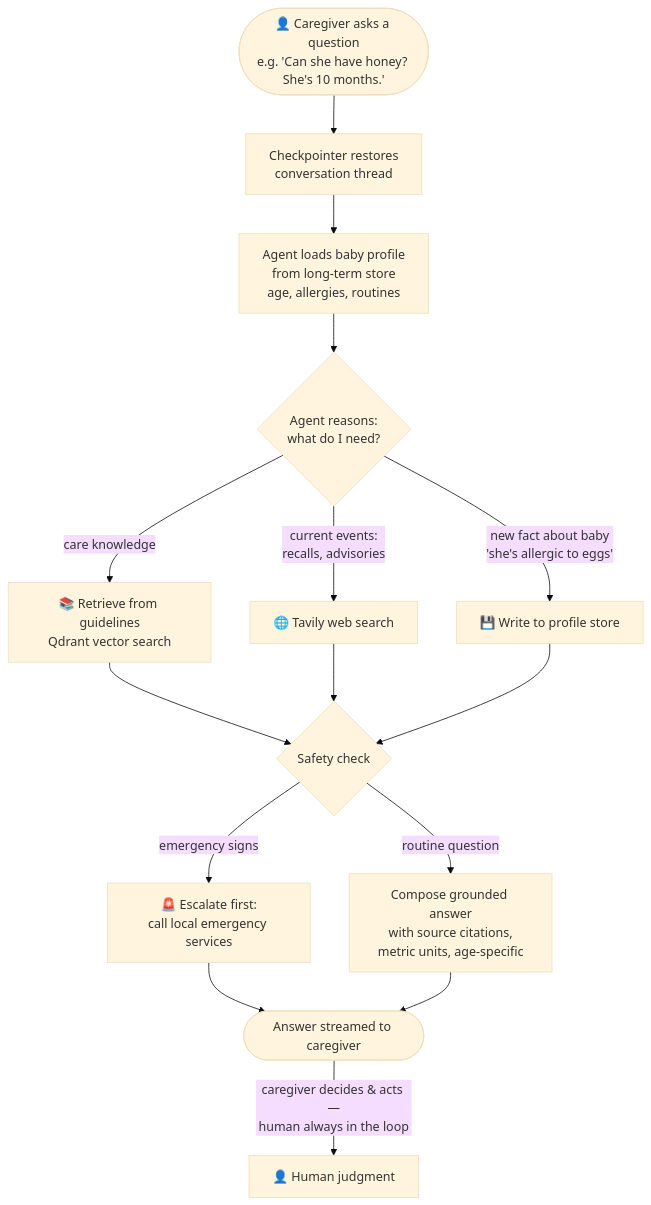
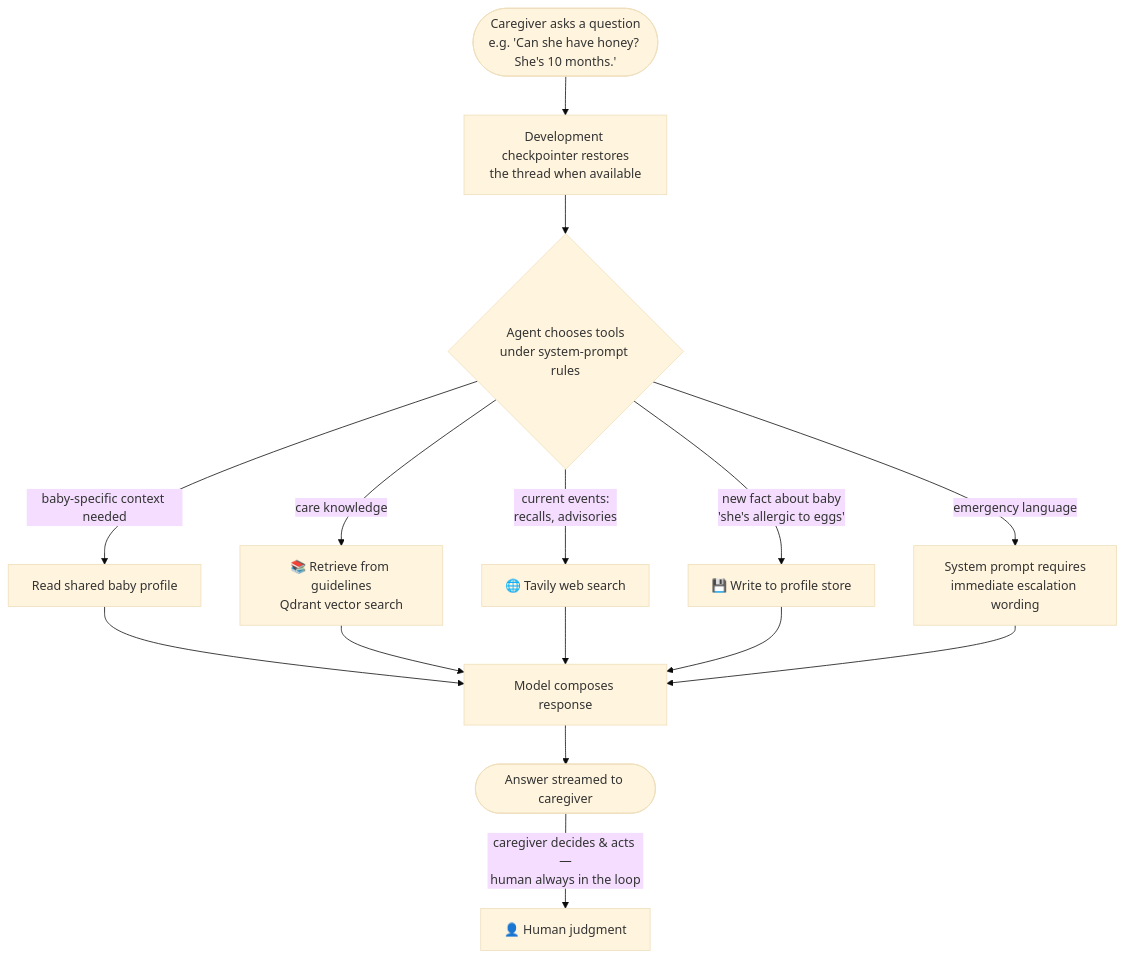
Before and after one commit to wiguo/beedoula: the fourth of 4 diagrams in docs/certification-challenge.md, drawn with Mermaid (base theme). The commit also changed other lines of this file and 3 other files, not shown here.

Commit message:
Align documentation with prototype architecture

````diff
--- a/docs/certification-challenge.md
+++ b/docs/certification-challenge.md
@@ -121,17 +148,17 @@
 ```mermaid
 flowchart TD
-    U([👤 Caregiver asks a question<br/>e.g. 'Can she have honey? She's 10 months.']) --> T[Checkpointer restores<br/>conversation thread]
-    T --> P[Agent loads baby profile<br/>from long-term store<br/>age, allergies, routines]
-    P --> R{Agent reasons:<br/>what do I need?}
+    U([Caregiver asks a question<br/>e.g. 'Can she have honey? She's 10 months.']) --> T[Development checkpointer restores<br/>the thread when available]
+    T --> R{Agent chooses tools<br/>under system-prompt rules}
+    R -- "baby-specific context needed" --> P[Read shared baby profile]
     R -- "care knowledge" --> RAG[📚 Retrieve from guidelines<br/>Qdrant vector search]
     R -- "current events:<br/>recalls, advisories" --> TV[🌐 Tavily web search]
     R -- "new fact about baby<br/>'she's allergic to eggs'" --> MEM[💾 Write to profile store]
-    RAG --> S{Safety check}
-    TV --> S
-    MEM --> S
-    S -- "emergency signs" --> E[🚨 Escalate first:<br/>call local emergency services]
-    S -- "routine question" --> A[Compose grounded answer<br/>with source citations,<br/>metric units, age-specific]
-    E --> O([Answer streamed to caregiver])
-    A --> O
+    P --> A[Model composes response]
+    RAG --> A
+    TV --> A
+    MEM --> A
+    R -- "emergency language" --> E[System prompt requires<br/>immediate escalation wording]
+    E --> A
+    A --> O([Answer streamed to caregiver])
     O -- "caregiver decides & acts —<br/>human always in the loop" --> H[👤 Human judgment]
 ```
````
